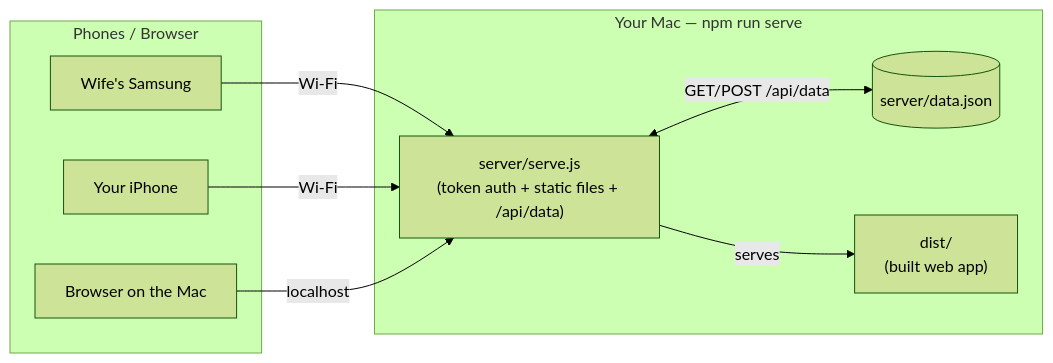
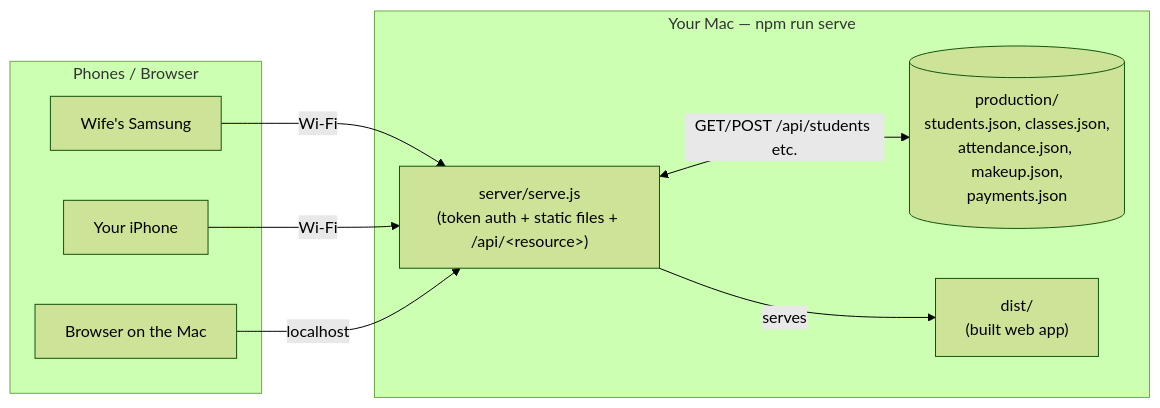
The first of 3 diagrams in DESIGN.md (daljeetss/Student_Inventory), drawn with Mermaid (forest theme) before and after one commit. The commit also changed other lines of this file and 5 other files, not shown here.

````diff
--- a/DESIGN.md
+++ b/DESIGN.md
@@ -11,20 +11,20 @@
 ```mermaid
 flowchart LR
     subgraph Phones["Phones / Browser"]
         A[Wife's Samsung]
         B[Your iPhone]
         C[Browser on the Mac]
     end
 
     subgraph Mac["Your Mac — npm run serve"]
-        S["server/serve.js<br/>(token auth + static files + /api/data)"]
-        D[("server/data.json")]
+        S["server/serve.js<br/>(token auth + static files + /api/&lt;resource&gt;)"]
+        D[("production/<br/>students.json, classes.json,<br/>attendance.json, makeup.json,<br/>payments.json")]
         W["dist/<br/>(built web app)"]
     end
 
     A -- Wi-Fi --> S
     B -- Wi-Fi --> S
     C -- localhost --> S
     S -- serves --> W
-    S <-->|GET/POST /api/data| D
+    S <-->|GET/POST /api/students etc.| D
 ```
````
